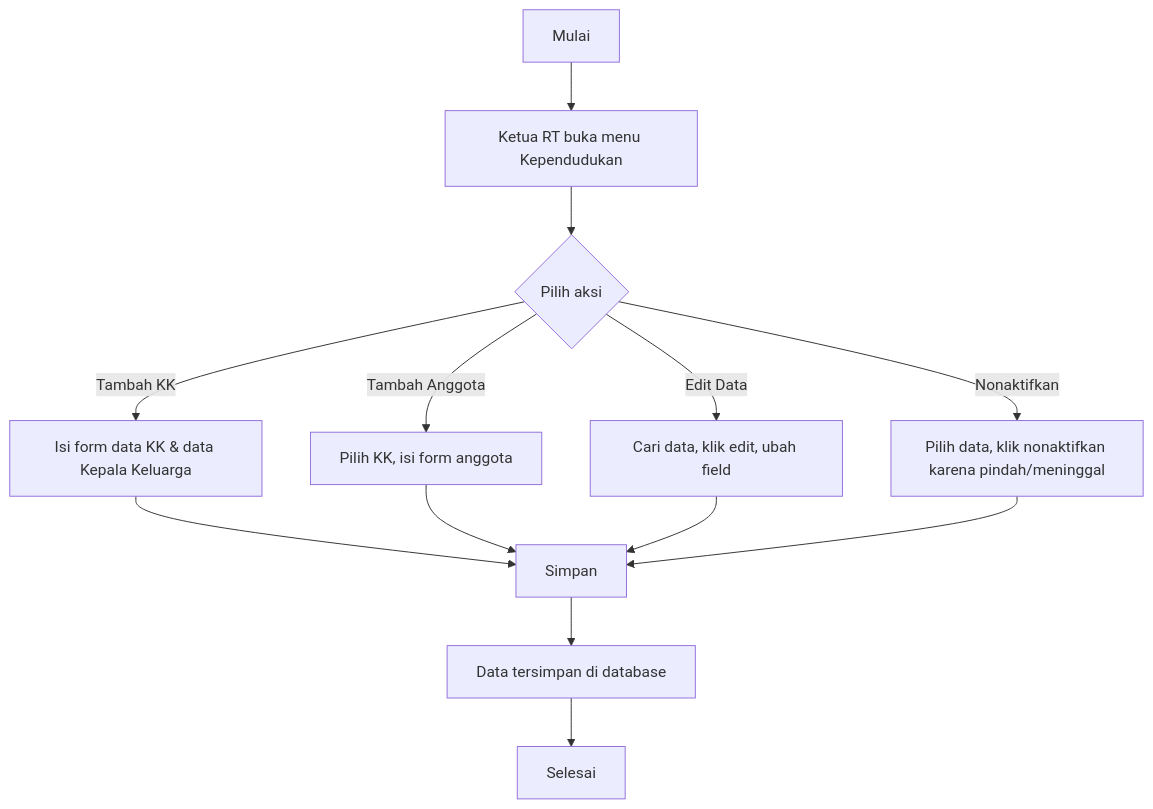
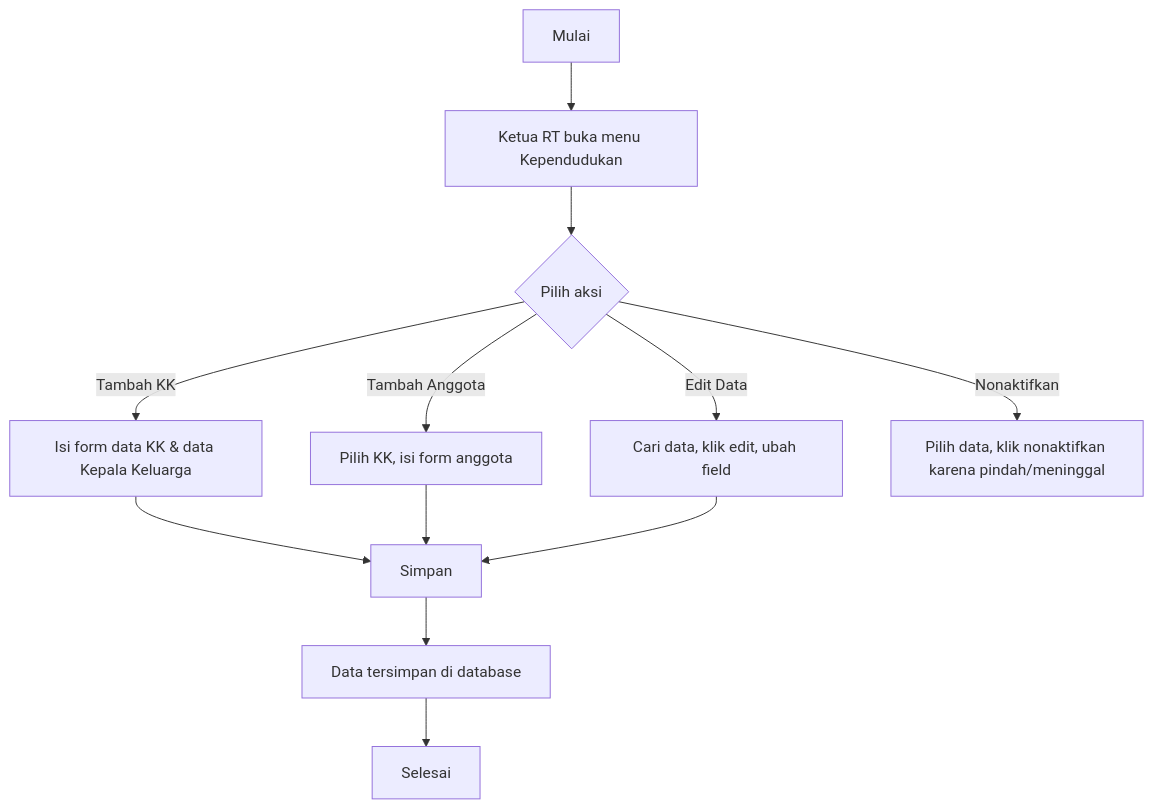
The third of 4 diagrams in docs/roles/ketua_rt.md (Araihan413/wargaku), drawn with Mermaid before and after one commit. The commit also changed other lines of this file and 5 other files, not shown here.

````diff
--- a/docs/roles/ketua_rt.md
+++ b/docs/roles/ketua_rt.md
@@ -147,15 +143,14 @@
 ```mermaid
 flowchart TD
     A[Mulai] --> B[Ketua RT buka menu Kependudukan]
     B --> C{Pilih aksi}
     C -->|Tambah KK| D[Isi form data KK & data Kepala Keluarga]
     C -->|Tambah Anggota| E[Pilih KK, isi form anggota]
     C -->|Edit Data| F[Cari data, klik edit, ubah field]
     C -->|Nonaktifkan| G[Pilih data, klik nonaktifkan karena pindah/meninggal]
     D --> H[Simpan]
     E --> H
     F --> H
-    G --> H
     H --> I[Data tersimpan di database]
     I --> J[Selesai]
 ```
````
